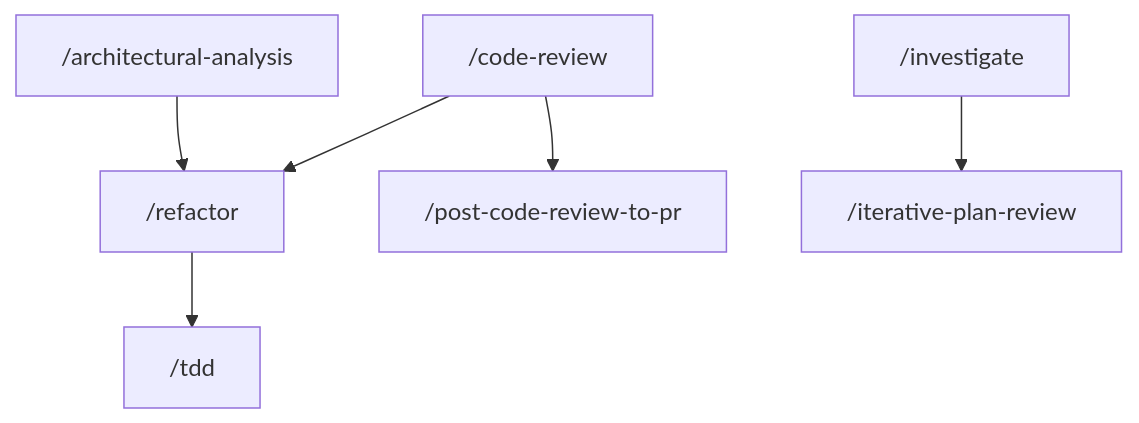
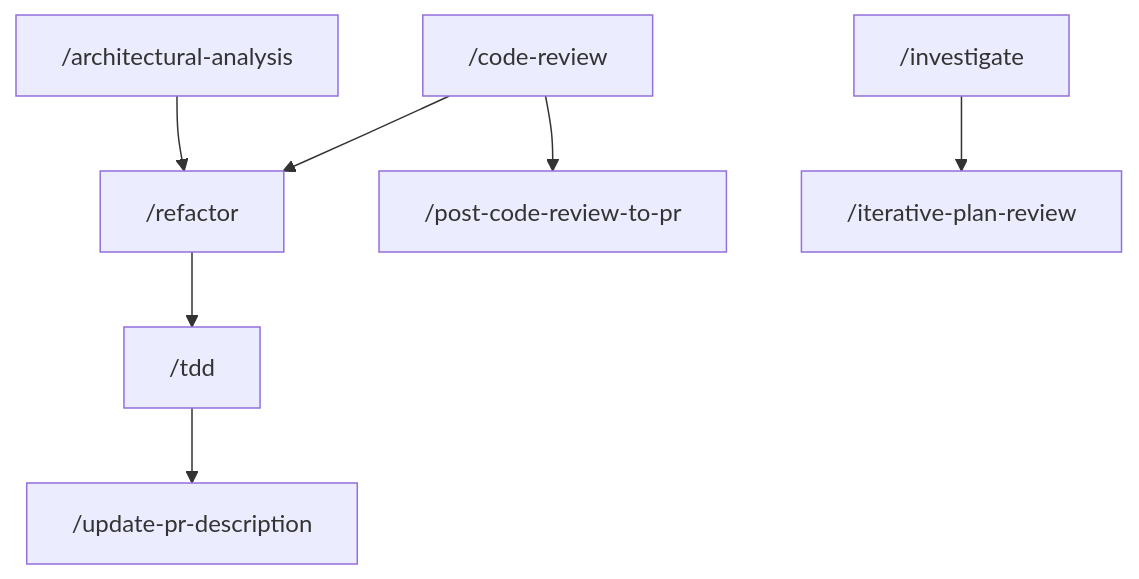
One commit to testdouble/han changed the third of 5 diagrams in docs/workflows.md. Above: the diagram before and after it, drawn with Mermaid. The commit also changed other lines of this file, not shown here.

Commit message:
docs(workflows): map the test-planning, PR-description, and stakeholder chains

````diff
--- a/docs/workflows.md
+++ b/docs/workflows.md
@@ -79,8 +79,9 @@
 ```mermaid
 flowchart TD
     review["/code-review"] --> refactor["/refactor"]
     arch["/architectural-analysis"] --> refactor
     review --> pr["/post-code-review-to-pr"]
     refactor --> tdd["/tdd"]
+    tdd --> prdesc["/update-pr-description"]
     investigate["/investigate"] --> iterate["/iterative-plan-review"]
 ```
````
